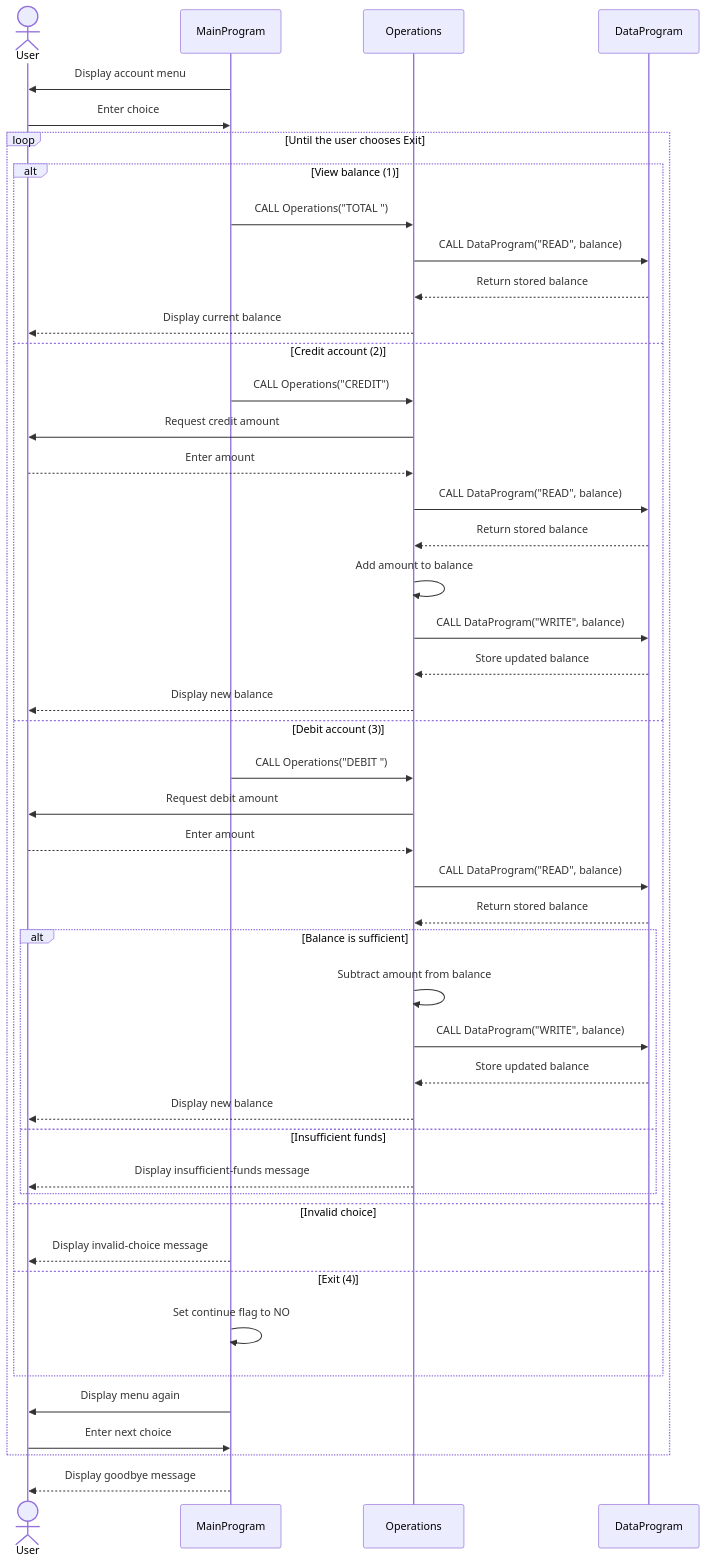
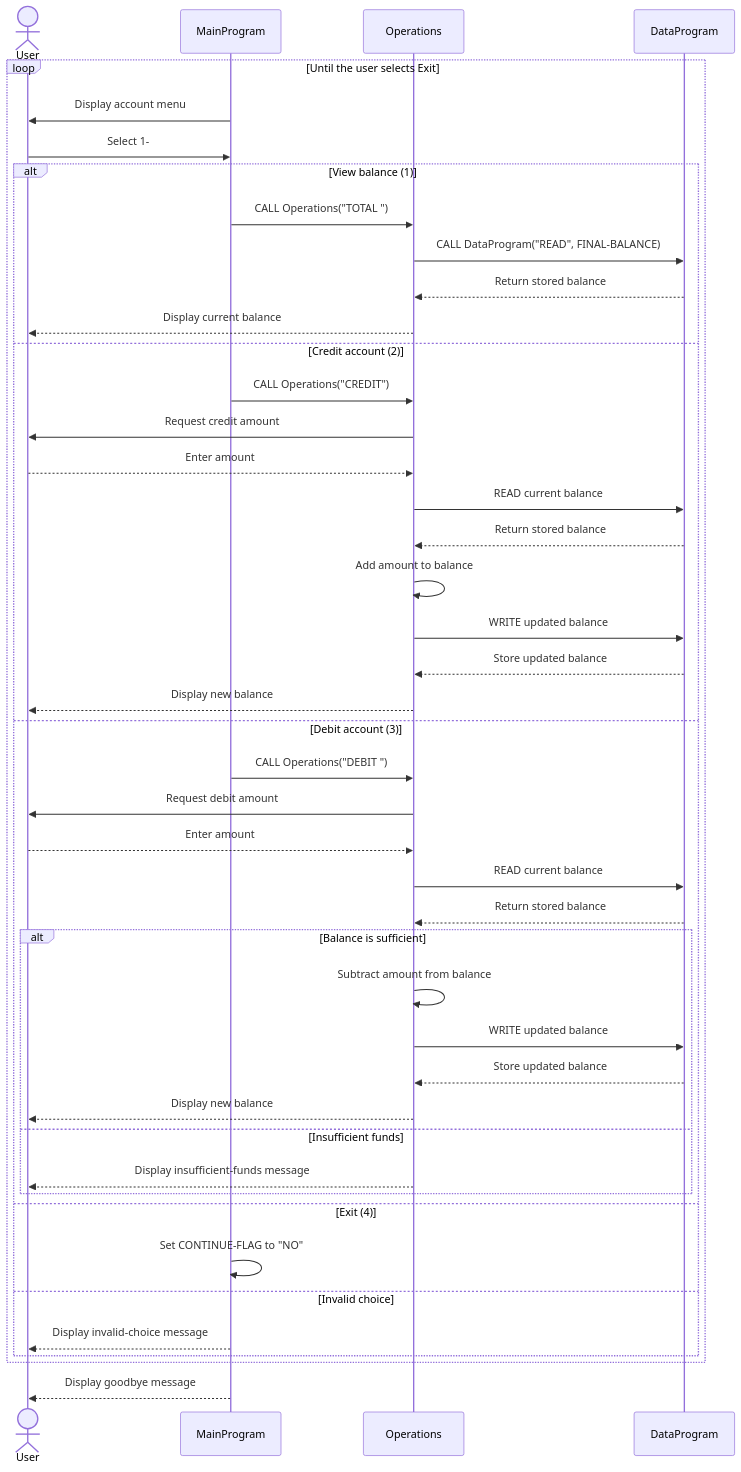
One commit to abdelrhmanhemmat-code/skills-modernize-your-legacy-code-with-github-copilot changed the diagram in docs/README.md. Above: the diagram before and after it, drawn with Mermaid. The commit also changed other lines of this file, not shown here.

Commit message:
Enhance README.md with application data flow and sequence diagram for user interactions

````diff
--- a/docs/README.md
+++ b/docs/README.md
@@ -65,52 +68,50 @@
 ```mermaid
 sequenceDiagram
 	actor User
 	participant Main as MainProgram
 	participant Ops as Operations
 	participant Data as DataProgram
 
-	Main->>User: Display account menu
-	User->>Main: Enter choice
+	loop Until the user selects Exit
+		Main->>User: Display account menu
+		User->>Main: Select 1-
 
-	loop Until the user chooses Exit
 		alt View balance (1)
 			Main->>Ops: CALL Operations("TOTAL ")
-			Ops->>Data: CALL DataProgram("READ", balance)
+			Ops->>Data: CALL DataProgram("READ", FINAL-BALANCE)
 			Data-->>Ops: Return stored balance
 			Ops-->>User: Display current balance
 		else Credit account (2)
 			Main->>Ops: CALL Operations("CREDIT")
 			Ops->>User: Request credit amount
 			User-->>Ops: Enter amount
-			Ops->>Data: CALL DataProgram("READ", balance)
+			Ops->>Data: READ current balance
 			Data-->>Ops: Return stored balance
 			Ops->>Ops: Add amount to balance
-			Ops->>Data: CALL DataProgram("WRITE", balance)
+			Ops->>Data: WRITE updated balance
 			Data-->>Ops: Store updated balance
 			Ops-->>User: Display new balance
 		else Debit account (3)
 			Main->>Ops: CALL Operations("DEBIT ")
 			Ops->>User: Request debit amount
 			User-->>Ops: Enter amount
-			Ops->>Data: CALL DataProgram("READ", balance)
+			Ops->>Data: READ current balance
 			Data-->>Ops: Return stored balance
+
 			alt Balance is sufficient
 				Ops->>Ops: Subtract amount from balance
-				Ops->>Data: CALL DataProgram("WRITE", balance)
+				Ops->>Data: WRITE updated balance
 				Data-->>Ops: Store updated balance
 				Ops-->>User: Display new balance
 			else Insufficient funds
 				Ops-->>User: Display insufficient-funds message
 			end
+		else Exit (4)
+			Main->>Main: Set CONTINUE-FLAG to "NO"
 		else Invalid choice
 			Main-->>User: Display invalid-choice message
-		else Exit (4)
-			Main->>Main: Set continue flag to NO
 		end
-
-		Main->>User: Display menu again
-		User->>Main: Enter next choice
 	end
 
 	Main-->>User: Display goodbye message
 ```
````
